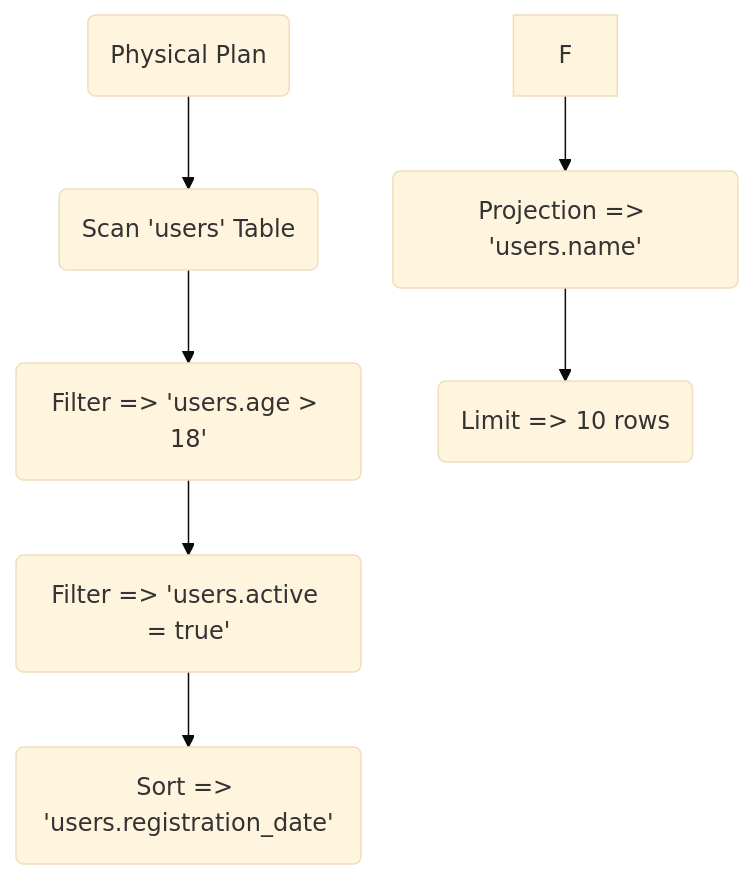
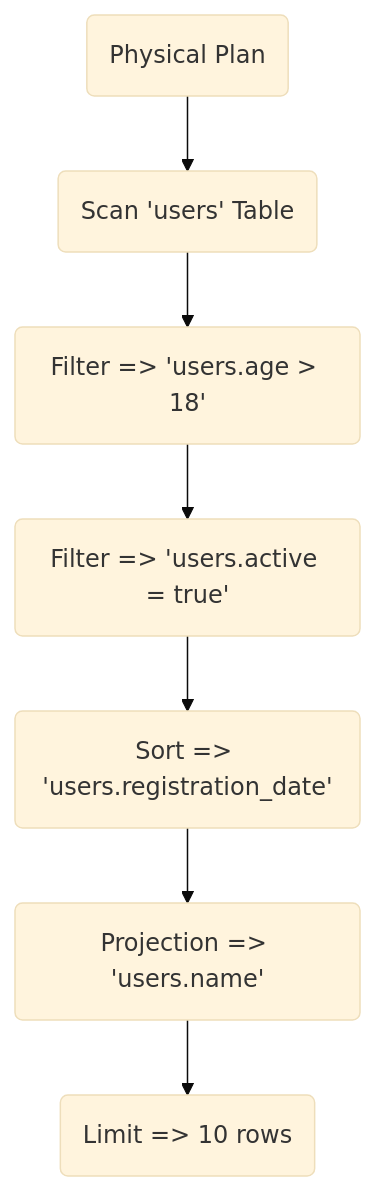
Before and after one commit to kcrimson/databases-ancient-engineers: the eighth of 10 diagrams in src/main/slides/index.adoc, drawn with Mermaid (base theme). The commit also changed other lines of this file, not shown here.

Commit message:
still some wording is wrong

```diff
--- a/src/main/slides/index.adoc
+++ b/src/main/slides/index.adoc
@@ -834,10 +834,10 @@
 [mermaid,height=800,theme=forest]
 ....
 flowchart TD
     A("Physical Plan") --> B("Scan 'users' Table")
     B --> C("Filter => 'users.age > 18'")
     C --> D("Filter => 'users.active = true'")
     D --> E("Sort => 'users.registration_date'")
-    F --> G("Projection => 'users.name'")
-    G --> H("Limit => 10 rows")
+    E --> F("Projection => 'users.name'")
+    F --> G("Limit => 10 rows")
 ....
```
